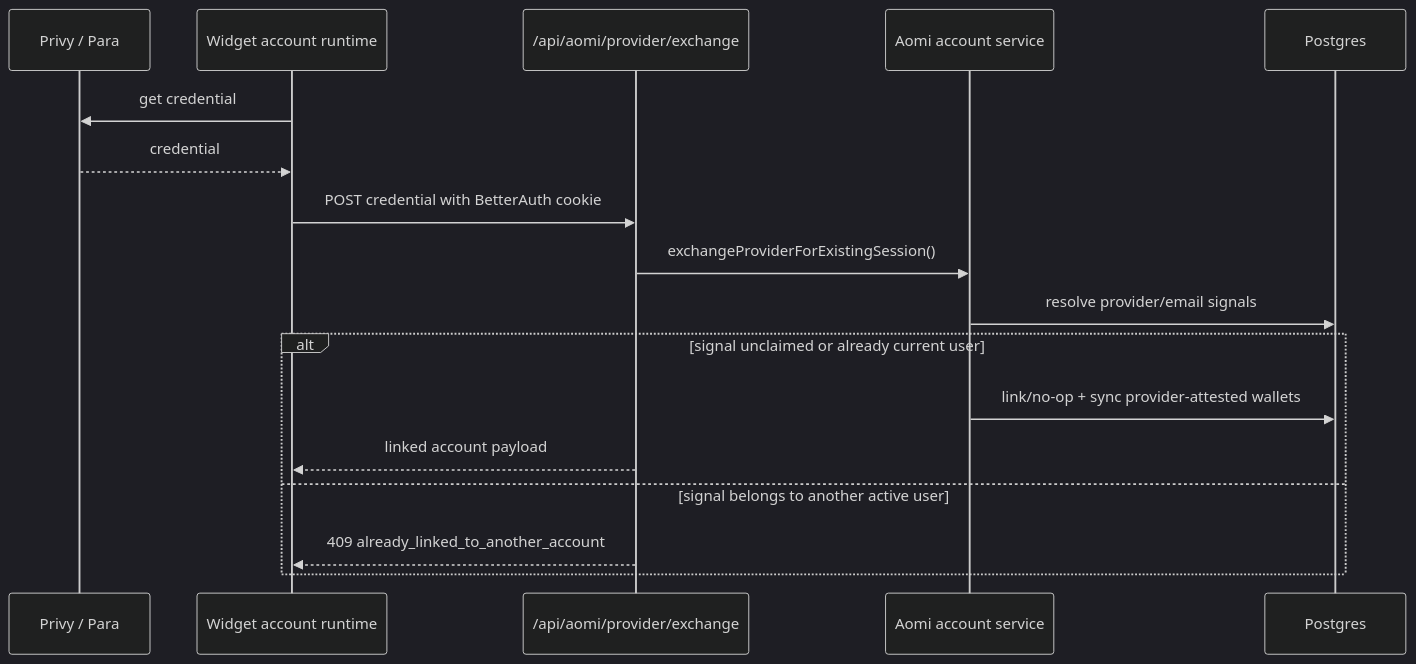
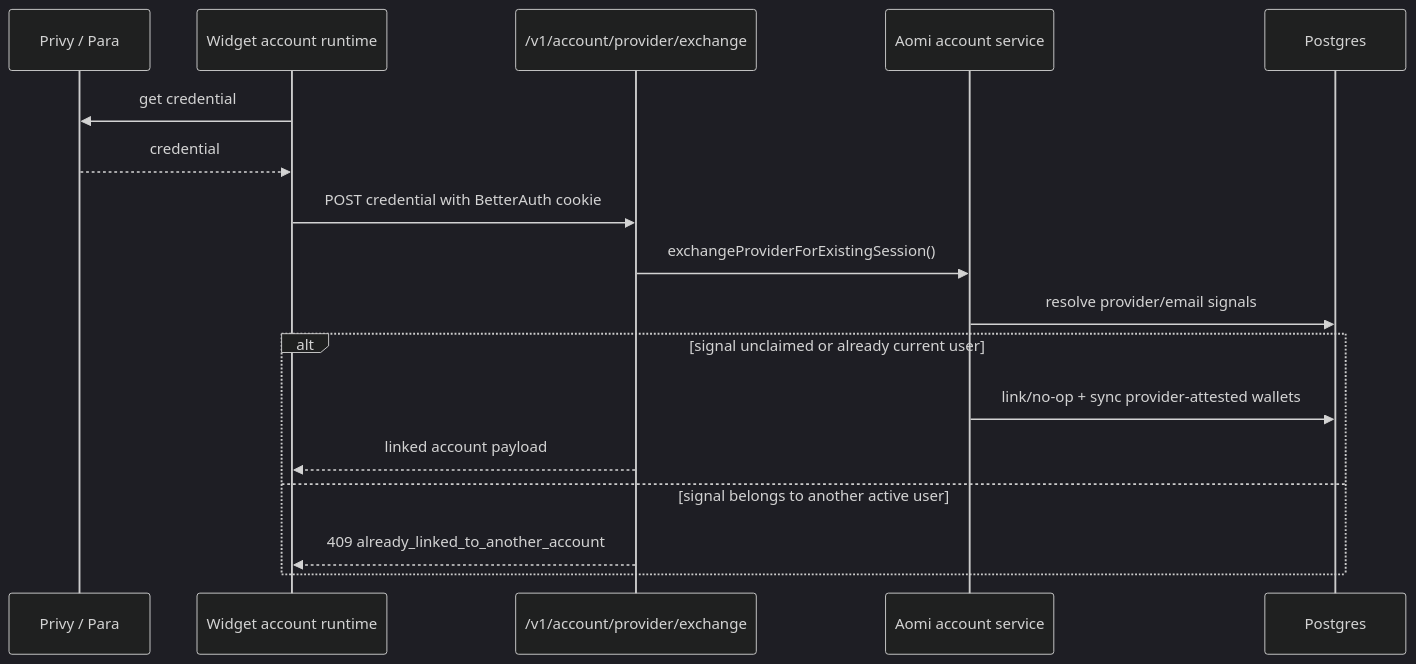
The fifth of 8 diagrams in specs/WIDGET-AUTH-PLAN.md (aomi-labs/aomi-widget), drawn with Mermaid (dark theme) before and after one commit. The commit also changed other lines of this file and 22 other files, not shown here.

````diff
--- a/specs/WIDGET-AUTH-PLAN.md
+++ b/specs/WIDGET-AUTH-PLAN.md
@@ -331,20 +331,20 @@
 ```mermaid
 sequenceDiagram
   participant Provider as Privy / Para
   participant Kit as Widget account runtime
-  participant API as /api/aomi/provider/exchange
+  participant API as /v1/account/provider/exchange
   participant Account as Aomi account service
   participant DB as Postgres
 
   Kit->>Provider: get credential
   Provider-->>Kit: credential
   Kit->>API: POST credential with BetterAuth cookie
   API->>Account: exchangeProviderForExistingSession()
   Account->>DB: resolve provider/email signals
   alt signal unclaimed or already current user
     Account->>DB: link/no-op + sync provider-attested wallets
     API-->>Kit: linked account payload
   else signal belongs to another active user
     API-->>Kit: 409 already_linked_to_another_account
   end
 ```
````
